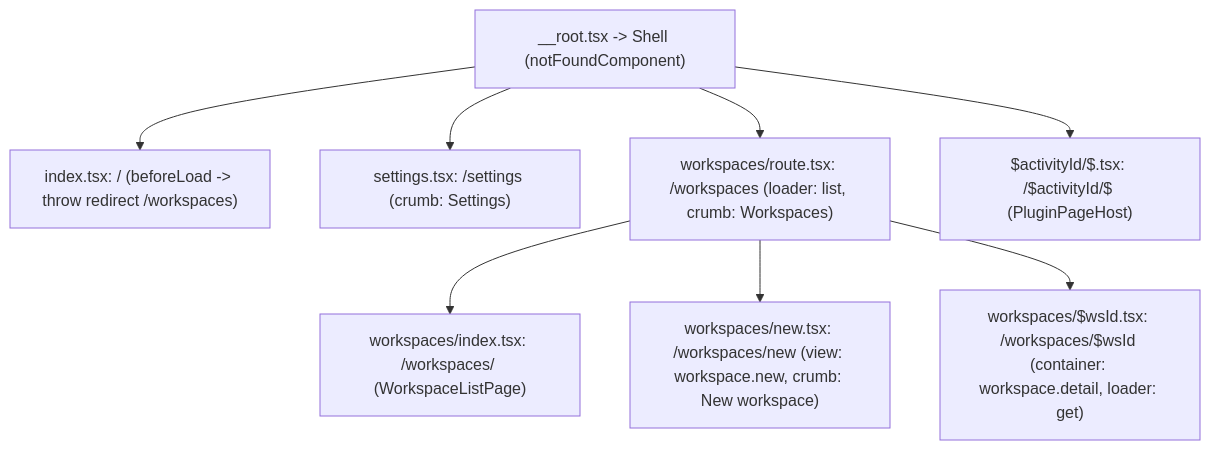
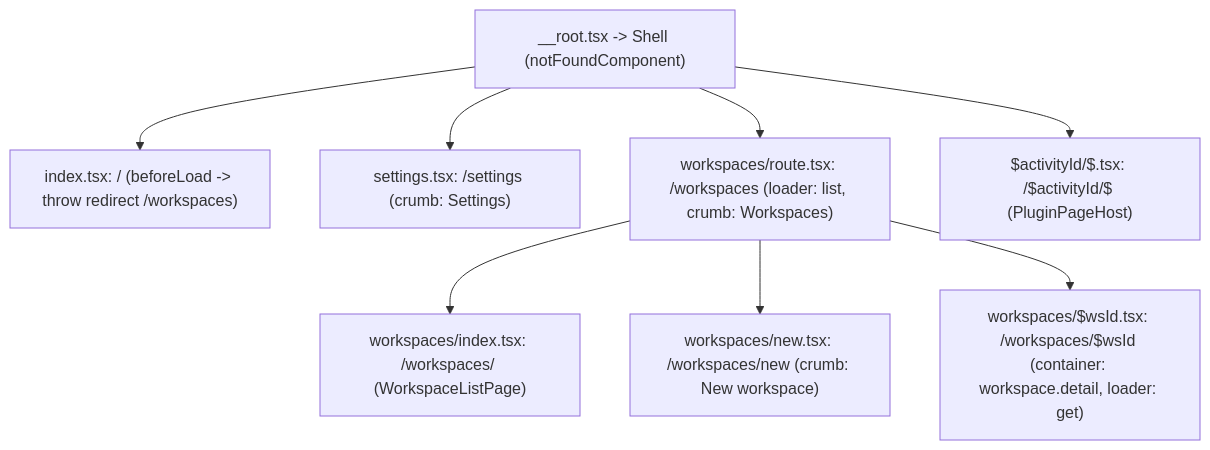
The third of 12 diagrams in docs/DESIGN.md (ppongtong/ide-shell), drawn with Mermaid before and after one commit. The commit also changed other lines of this file and 32 other files, not shown here.

````diff
--- a/docs/DESIGN.md
+++ b/docs/DESIGN.md
@@ -139,12 +139,12 @@
 ```mermaid
 flowchart TD
     Root["__root.tsx -> Shell (notFoundComponent)"]
     Root --> Index["index.tsx: / (beforeLoad -> throw redirect /workspaces)"]
     Root --> Settings["settings.tsx: /settings (crumb: Settings)"]
     Root --> WsLayout["workspaces/route.tsx: /workspaces (loader: list, crumb: Workspaces)"]
     Root --> CatchAll["$activityId/$.tsx: /$activityId/$ (PluginPageHost)"]
 
     WsLayout --> WsIndex["workspaces/index.tsx: /workspaces/ (WorkspaceListPage)"]
-    WsLayout --> WsNew["workspaces/new.tsx: /workspaces/new (view: workspace.new, crumb: New workspace)"]
+    WsLayout --> WsNew["workspaces/new.tsx: /workspaces/new (crumb: New workspace)"]
     WsLayout --> WsDetail["workspaces/$wsId.tsx: /workspaces/$wsId (container: workspace.detail, loader: get)"]
 ```
````
